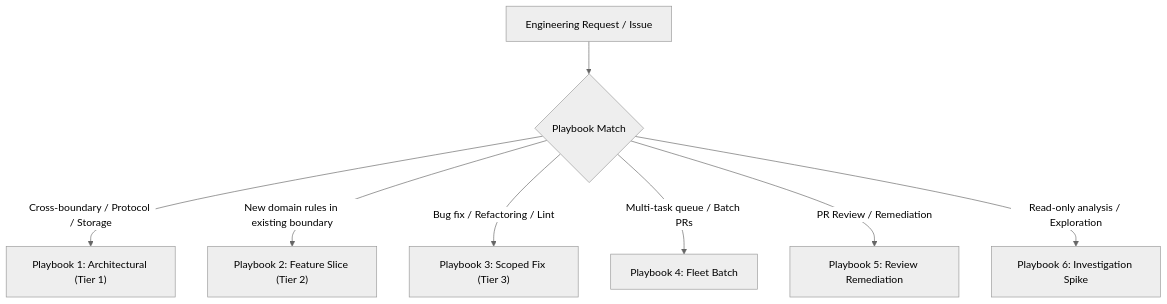
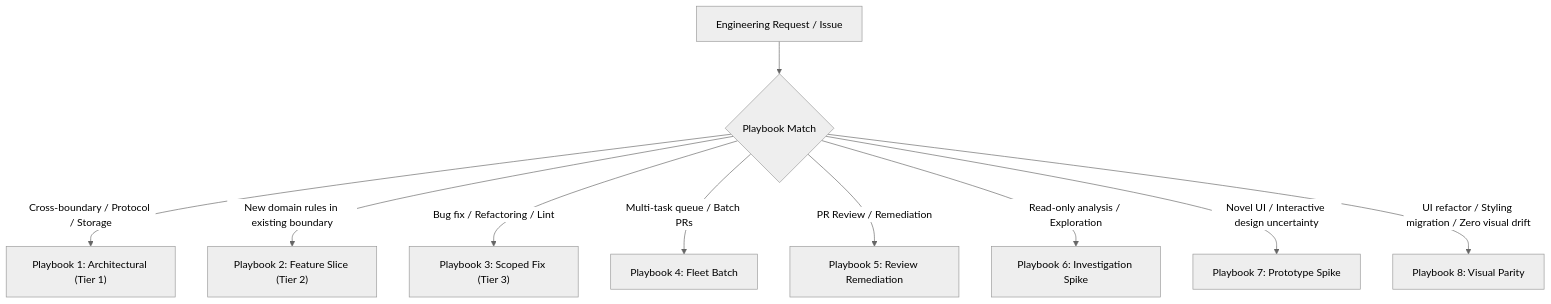
Before and after one commit to sirius-cc-wu/sirius-skills: the diagram in skills/tech-lead/SKILL.md, drawn with Mermaid (neutral theme). The commit also changed other lines of this file, not shown here.

Commit message:
feat(tech-lead): add PB-7 Prototype Spike and PB-8 Visual Parity execution protocols

````diff
--- a/skills/tech-lead/SKILL.md
+++ b/skills/tech-lead/SKILL.md
@@ -42,10 +43,12 @@
 ```mermaid
 flowchart TD
     Prompt["Engineering Request / Issue"] --> Triage{"Playbook Match"}
     Triage -->|Cross-boundary / Protocol / Storage| PB1["Playbook 1: Architectural (Tier 1)"]
     Triage -->|New domain rules in existing boundary| PB2["Playbook 2: Feature Slice (Tier 2)"]
     Triage -->|Bug fix / Refactoring / Lint| PB3["Playbook 3: Scoped Fix (Tier 3)"]
     Triage -->|Multi-task queue / Batch PRs| PB4["Playbook 4: Fleet Batch"]
     Triage -->|PR Review / Remediation| PB5["Playbook 5: Review Remediation"]
     Triage -->|Read-only analysis / Exploration| PB6["Playbook 6: Investigation Spike"]
+    Triage -->|Novel UI / Interactive design uncertainty| PB7["Playbook 7: Prototype Spike"]
+    Triage -->|UI refactor / Styling migration / Zero visual drift| PB8["Playbook 8: Visual Parity"]
 ```
````
